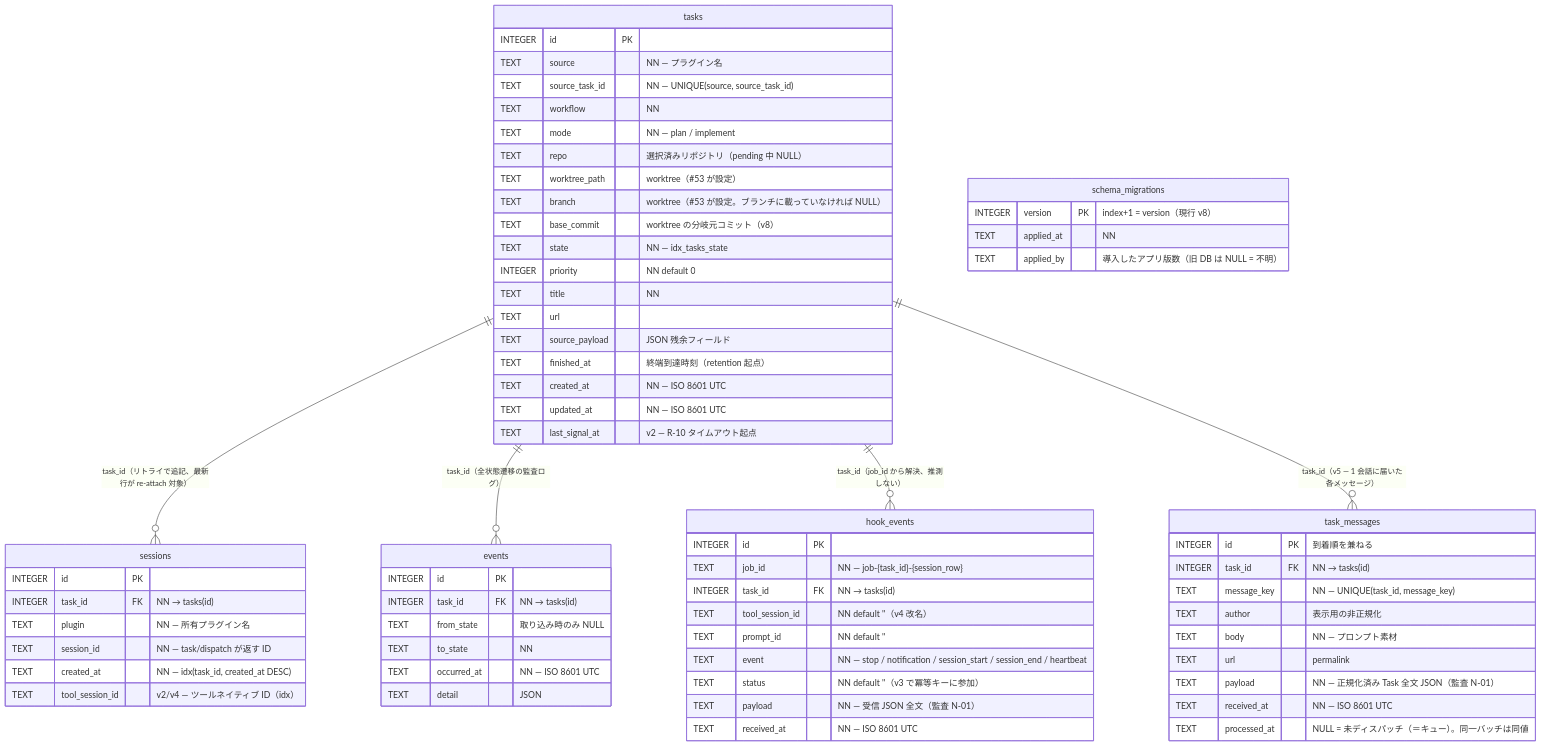
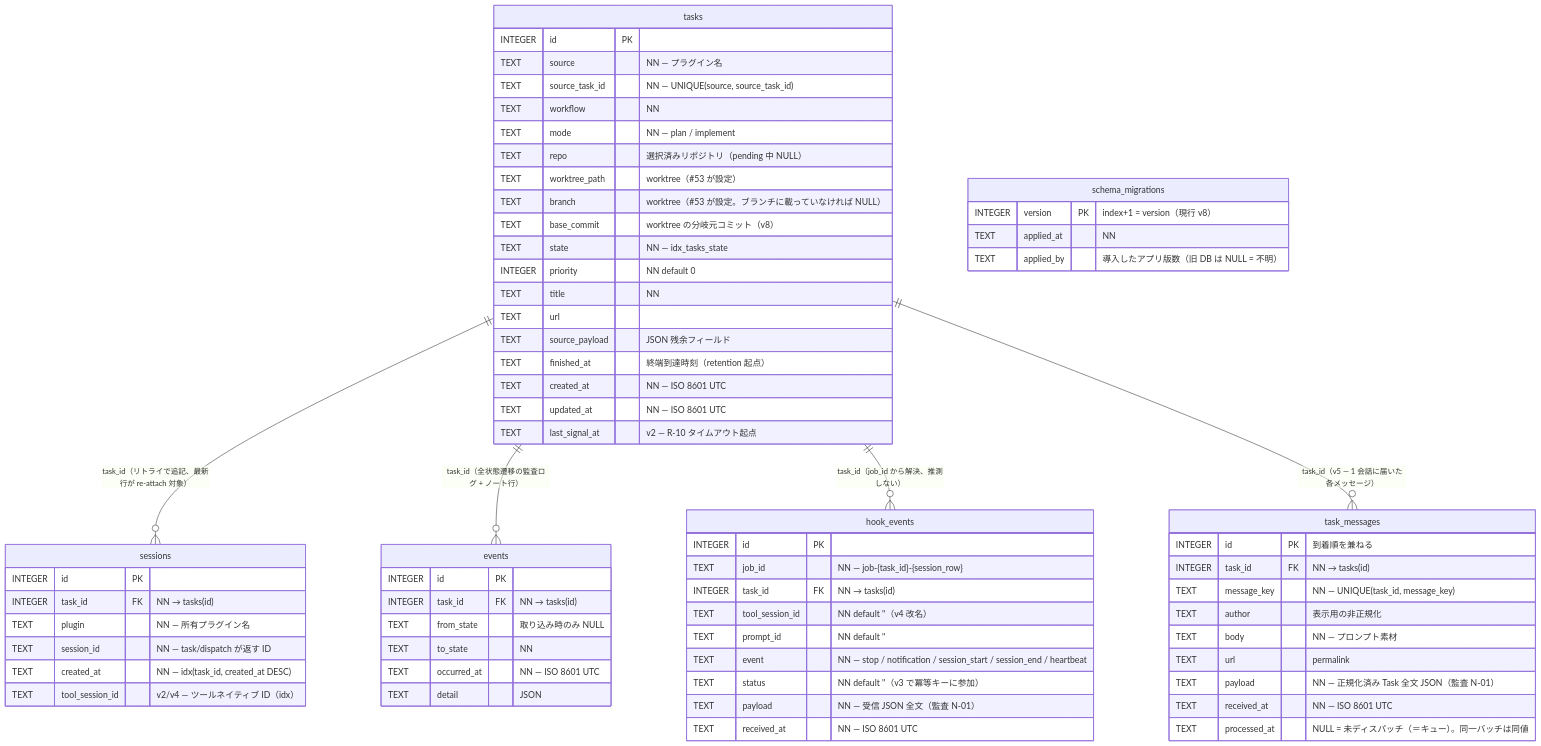
The diagram in docs/data/state-db.md (tomoya-k31/totsuka), drawn with Mermaid before and after one commit. The commit also changed other lines of this file and 13 other files, not shown here.

````diff
--- a/docs/data/state-db.md
+++ b/docs/data/state-db.md
@@ -22,76 +22,76 @@
 ```mermaid
 erDiagram
     tasks ||--o{ sessions : "task_id（リトライで追記、最新行が re-attach 対象）"
-    tasks ||--o{ events : "task_id（全状態遷移の監査ログ）"
+    tasks ||--o{ events : "task_id（全状態遷移の監査ログ + ノート行）"
     tasks ||--o{ hook_events : "task_id（job_id から解決、推測しない）"
     tasks ||--o{ task_messages : "task_id（v5 — 1 会話に届いた各メッセージ）"
 
     tasks {
         INTEGER id PK
         TEXT source "NN — プラグイン名"
         TEXT source_task_id "NN — UNIQUE(source, source_task_id)"
         TEXT workflow "NN"
         TEXT mode "NN — plan / implement"
         TEXT repo "選択済みリポジトリ（pending 中 NULL）"
         TEXT worktree_path "worktree（#53 が設定）"
         TEXT branch "worktree（#53 が設定。ブランチに載っていなければ NULL）"
         TEXT base_commit "worktree の分岐元コミット（v8）"
         TEXT state "NN — idx_tasks_state"
         INTEGER priority "NN default 0"
         TEXT title "NN"
         TEXT url
         TEXT source_payload "JSON 残余フィールド"
         TEXT finished_at "終端到達時刻（retention 起点）"
         TEXT created_at "NN — ISO 8601 UTC"
         TEXT updated_at "NN — ISO 8601 UTC"
         TEXT last_signal_at "v2 — R-10 タイムアウト起点"
     }
 
     sessions {
         INTEGER id PK
         INTEGER task_id FK "NN → tasks(id)"
         TEXT plugin "NN — 所有プラグイン名"
         TEXT session_id "NN — task/dispatch が返す ID"
         TEXT created_at "NN — idx(task_id, created_at DESC)"
         TEXT tool_session_id "v2/v4 — ツールネイティブ ID（idx）"
     }
 
     events {
         INTEGER id PK
         INTEGER task_id FK "NN → tasks(id)"
         TEXT from_state "取り込み時のみ NULL"
         TEXT to_state "NN"
         TEXT occurred_at "NN — ISO 8601 UTC"
         TEXT detail "JSON"
     }
 
     hook_events {
         INTEGER id PK
         TEXT job_id "NN — job-{task_id}-{session_row}"
         INTEGER task_id FK "NN → tasks(id)"
         TEXT tool_session_id "NN default ''（v4 改名）"
         TEXT prompt_id "NN default ''"
         TEXT event "NN — stop / notification / session_start / session_end / heartbeat"
         TEXT status "NN default ''（v3 で冪等キーに参加）"
         TEXT payload "NN — 受信 JSON 全文（監査 N-01）"
         TEXT received_at "NN — ISO 8601 UTC"
     }
 
     task_messages {
         INTEGER id PK "到着順を兼ねる"
         INTEGER task_id FK "NN → tasks(id)"
         TEXT message_key "NN — UNIQUE(task_id, message_key)"
         TEXT author "表示用の非正規化"
         TEXT body "NN — プロンプト素材"
         TEXT url "permalink"
         TEXT payload "NN — 正規化済み Task 全文 JSON（監査 N-01）"
         TEXT received_at "NN — ISO 8601 UTC"
         TEXT processed_at "NULL = 未ディスパッチ（＝キュー）。同一バッチは同値"
     }
 
     schema_migrations {
         INTEGER version PK "index+1 = version（現行 v8）"
         TEXT applied_at "NN"
         TEXT applied_by "導入したアプリ版数（旧 DB は NULL = 不明）"
     }
 ```
````
